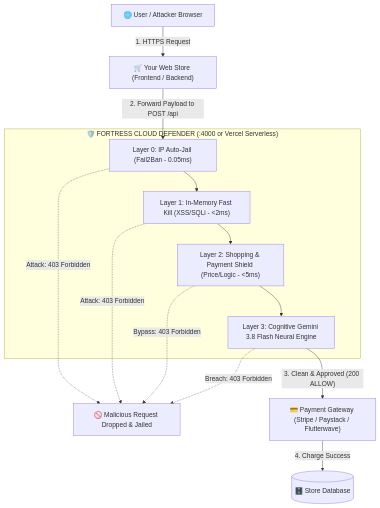
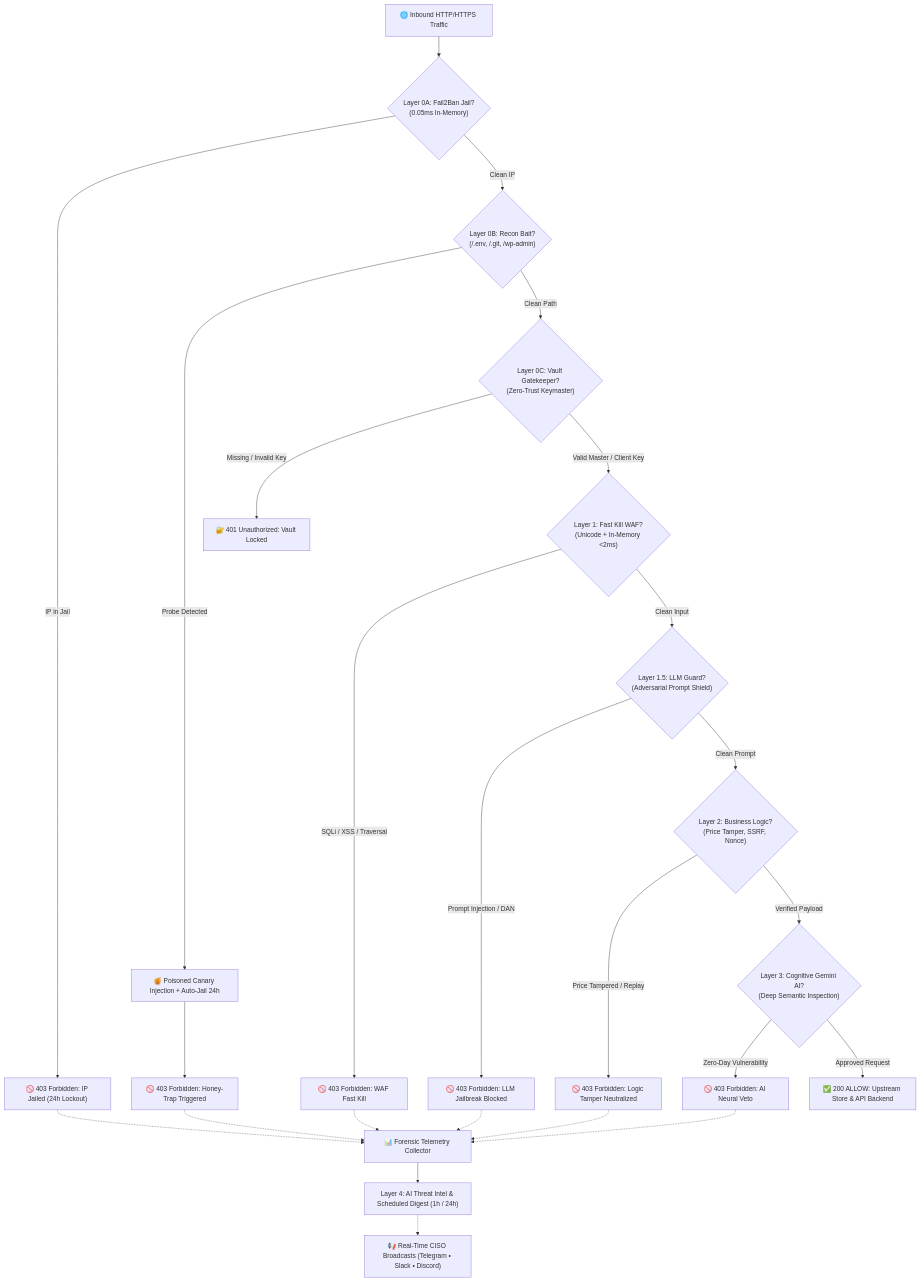
One commit to alexhack235-code/AI-Security-Scanner-API changed the first of 7 diagrams in README.md. Above: the diagram before and after it, drawn with Mermaid. The commit also changed other lines of this file and 26 other files, not shown here.

Commit message:
feat: Fortress v4.0 Ultra-Enterprise upgrade with 24 defense shields, PCI-DSS/OWASP reports, and live AI defense

````diff
--- a/README.md
+++ b/README.md
@@ -11,22 +39,31 @@
 ```mermaid
 flowchart TD
-    Client["🌐 User / Attacker Browser"] -->|"1. HTTPS Request"| Store["🛒 Your Web Store (Frontend / Backend)"]
+    Inbound["🌐 Inbound HTTP/HTTPS Traffic"] --> L0A{"Layer 0A: Fail2Ban Jail?<br/>(0.05ms In-Memory)"}
     
-    subgraph FORTRESS_DEFENSE ["🛡️ FORTRESS CLOUD DEFENDER (:4000 or Vercel Serverless)"]
-        W0["Layer 0: IP Auto-Jail (Fail2Ban - 0.05ms)"]
-        W1["Layer 1: In-Memory Fast Kill (XSS/SQLi - <2ms)"]
-        W2["Layer 2: Shopping & Payment Shield (Price/Logic - <5ms)"]
-        W3["Layer 3: Cognitive Gemini 3.8 Flash Neural Engine"]
-        W0 --> W1 --> W2 --> W3
-    end
-
-    Store -->|"2. Forward Payload to POST /api"| W0
+    L0A -- "IP in Jail" --> Drop0A["🚫 403 Forbidden: IP Jailed (24h Lockout)"]
+    L0A -- "Clean IP" --> L0B{"Layer 0B: Recon Bait?<br/>(/.env, /.git, /wp-admin)"}
     
-    W0 -.->|"Attack: 403 Forbidden"| Blocked["🚫 Malicious Request Dropped & Jailed"]
-    W1 -.->|"Attack: 403 Forbidden"| Blocked
-    W2 -.->|"Bypass: 403 Forbidden"| Blocked
-    W3 -.->|"Breach: 403 Forbidden"| Blocked
-
-    W3 -->|"3. Clean & Approved (200 ALLOW)"| PaymentGateway["💳 Payment Gateway (Stripe / Paystack / Flutterwave)"]
-    PaymentGateway -->|"4. Charge Success"| Database[("🗄️ Store Database")]
+    L0B -- "Probe Detected" --> BaitTrap["🍯 Poisoned Canary Injection + Auto-Jail 24h"]
+    BaitTrap --> Drop0B["🚫 403 Forbidden: Honey-Trap Triggered"]
+    
+    L0B -- "Clean Path" --> L0C{"Layer 0C: Vault Gatekeeper?<br/>(Zero-Trust Keymaster)"}
+    
+    L0C -- "Missing / Invalid Key" --> Drop0C["🔐 401 Unauthorized: Vault Locked"]
+    L0C -- "Valid Master / Client Key" --> L1{"Layer 1: Fast Kill WAF?<br/>(Unicode + In-Memory <2ms)"}
+    
+    L1 -- "SQLi / XSS / Traversal" --> DropL1["🚫 403 Forbidden: WAF Fast Kill"]
+    L1 -- "Clean Input" --> L15{"Layer 1.5: LLM Guard?<br/>(Adversarial Prompt Shield)"}
+    
+    L15 -- "Prompt Injection / DAN" --> DropL15["🚫 403 Forbidden: LLM Jailbreak Blocked"]
+    L15 -- "Clean Prompt" --> L2{"Layer 2: Business Logic?<br/>(Price Tamper, SSRF, Nonce)"}
+    
+    L2 -- "Price Tampered / Replay" --> DropL2["🚫 403 Forbidden: Logic Tamper Neutralized"]
+    L2 -- "Verified Payload" --> L3{"Layer 3: Cognitive Gemini AI?<br/>(Deep Semantic Inspection)"}
+    
+    L3 -- "Zero-Day Vulnerability" --> DropL3["🚫 403 Forbidden: AI Neural Veto"]
+    L3 -- "Approved Request" --> Upstream["✅ 200 ALLOW: Upstream Store & API Backend"]
+    
+    Drop0A & Drop0B & DropL1 & DropL15 & DropL2 & DropL3 -.-> Telemetry["📊 Forensic Telemetry Collector"]
+    Telemetry --> L4["Layer 4: AI Threat Intel & Scheduled Digest (1h / 24h)"]
+    L4 -.-> Alerts["📢 Real-Time CISO Broadcasts (Telegram • Slack • Discord)"]
 ```
````
